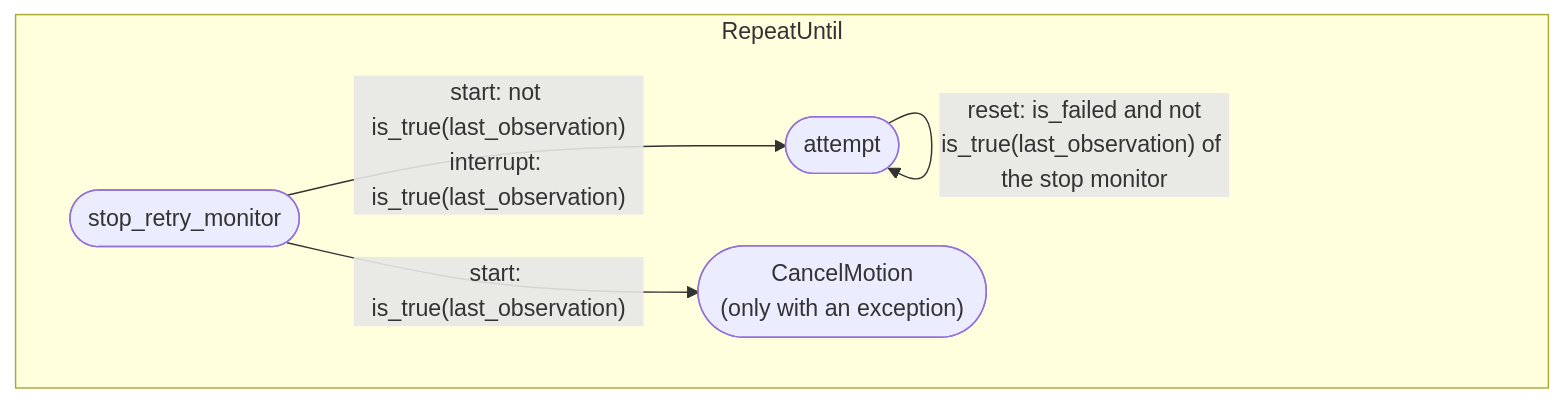
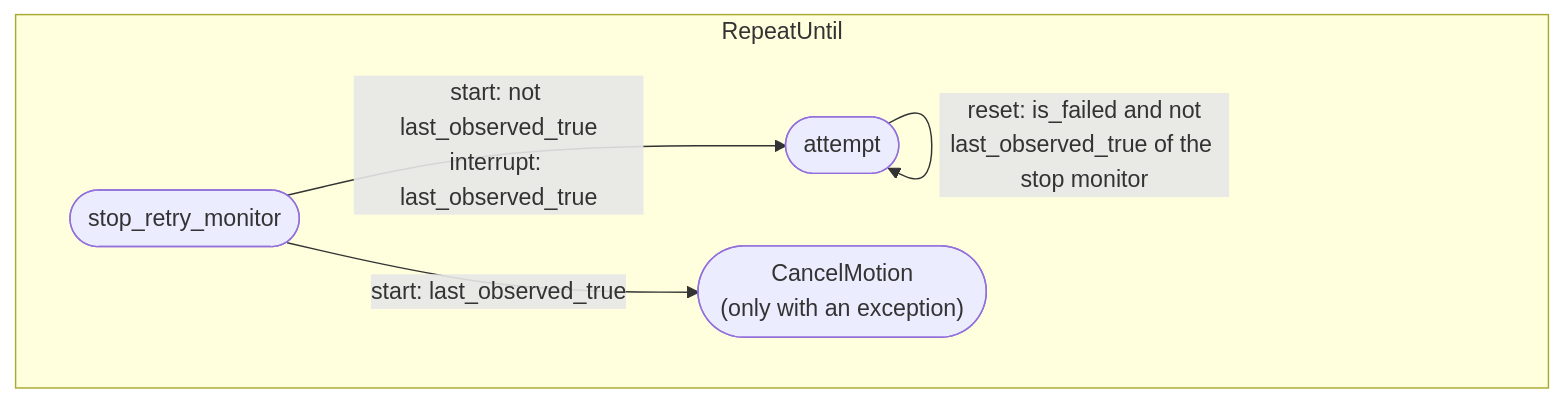
Before and after one commit to Tigul/cognitive_robot_abstract_machine: the tenth of 11 diagrams in giskardpy/doc/motion_statecharts.md, drawn with Mermaid. The commit also changed other lines of this file and 30 other files, not shown here.

Commit message:
refactor(motion_statechart): update conditions to replace `observation_variable` with `observes_true` and logical operations with binary predicates

````diff
--- a/giskardpy/doc/motion_statecharts.md
+++ b/giskardpy/doc/motion_statecharts.md
@@ -499,12 +498,12 @@
 ```{mermaid}
 flowchart LR
     subgraph repeat ["RepeatUntil"]
         direction LR
         stop(["stop_retry_monitor"])
         attempt(["attempt"])
         cancel(["CancelMotion<br/>(only with an exception)"])
     end
-    stop -- "start: not is_true(last_observation)<br/>interrupt: is_true(last_observation)" --> attempt
-    attempt -- "reset: is_failed and not<br/>is_true(last_observation) of the stop monitor" --> attempt
-    stop -- "start: is_true(last_observation)" --> cancel
+    stop -- "start: not last_observed_true<br/>interrupt: last_observed_true" --> attempt
+    attempt -- "reset: is_failed and not<br/>last_observed_true of the stop monitor" --> attempt
+    stop -- "start: last_observed_true" --> cancel
 ```
````
